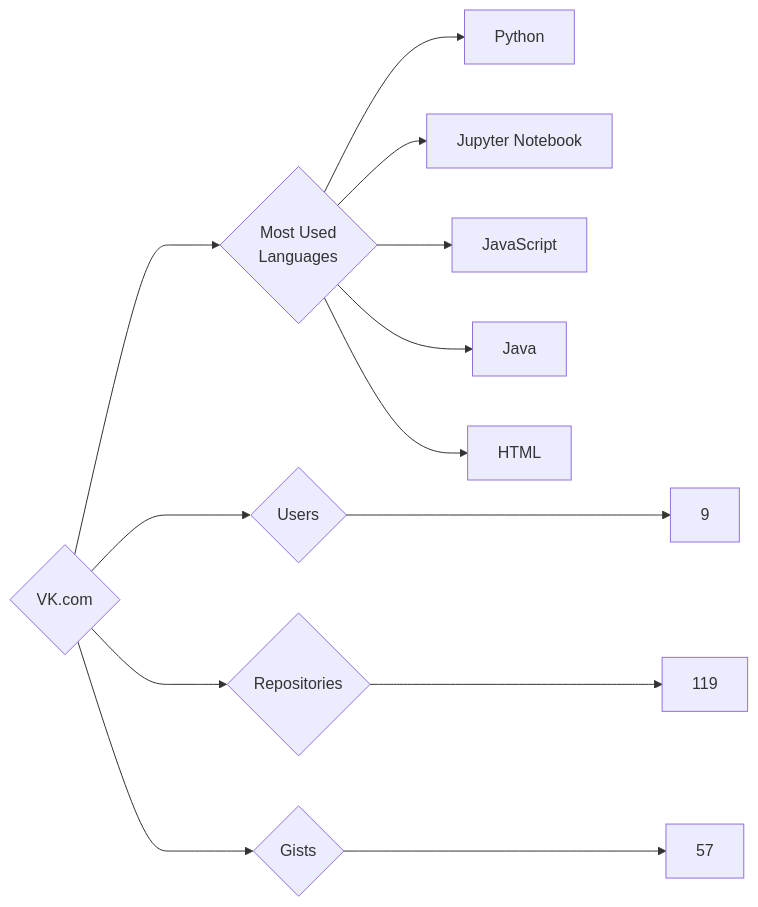
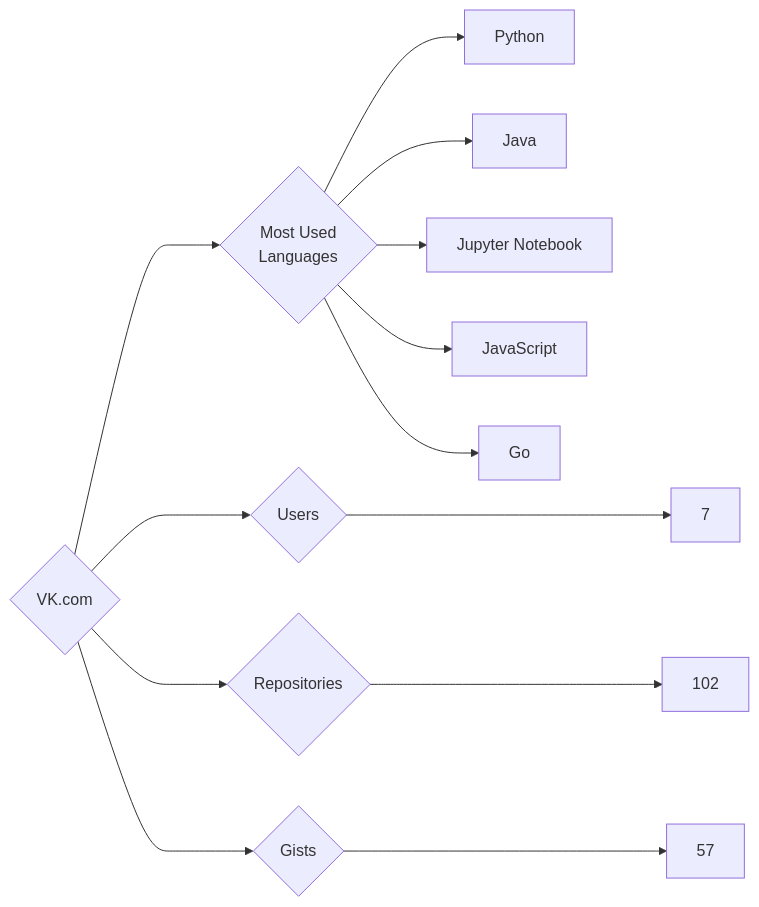
Before and after one commit to trickest/insiders: the diagram in targets/VK.com/README.md, drawn with Mermaid. The commit also changed 725 other files, not shown here.

````diff
--- a/targets/VK.com/README.md
+++ b/targets/VK.com/README.md
@@ -3,13 +3,13 @@
 ```mermaid
 graph LR
 COMPANY_NAME{VK.com}
-COMPANY_NAME ---> U{Users} ---> UN[9]
-COMPANY_NAME ---> R{Repositories} ---> RN[119]
+COMPANY_NAME ---> U{Users} ---> UN[7]
+COMPANY_NAME ---> R{Repositories} ---> RN[102]
 COMPANY_NAME ---> G{Gists} ---> GN[57]
 COMPANY_NAME ---> ML{Most Used<br>Languages}
 ML --> Python[Python]
+ML --> Java[Java]
 ML --> Jupyter_Notebook[Jupyter Notebook]
 ML --> JavaScript[JavaScript]
-ML --> Java[Java]
-ML --> HTML[HTML]
+ML --> Go[Go]
 ```
````
